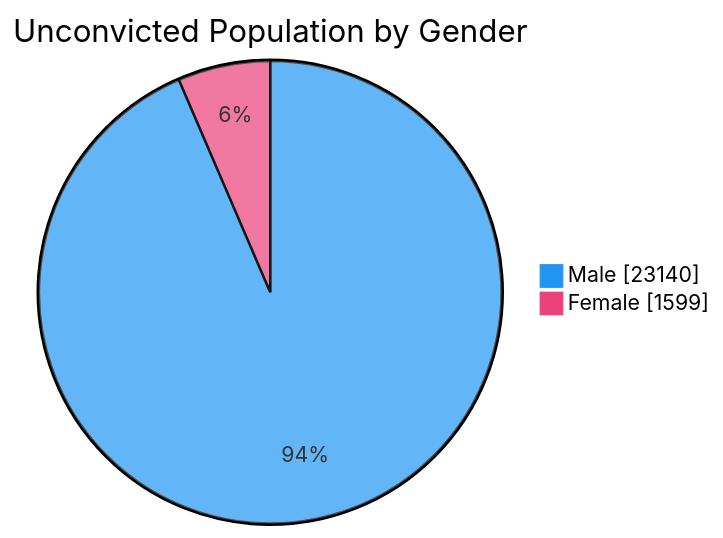
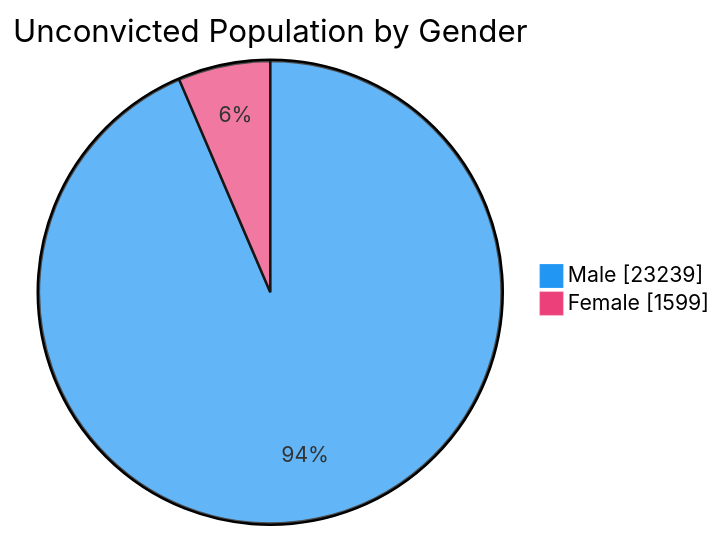
One commit to nuuuwan/lk_prisons changed the fourth of 7 diagrams in README.md. Above: the diagram before and after it, drawn with Mermaid. The commit also changed other lines of this file and 1 other file, not shown here.

````diff
--- a/README.md
+++ b/README.md
@@ -76,6 +76,6 @@
 ```mermaid
 %%{init: {'themeVariables': {'pie1': '#2196F3', 'pie2': '#EC407A'}}}%%
 pie showData title Unconvicted Population by Gender
-    "Male" : 23140
+    "Male" : 23239
     "Female" : 1599
 ```
````
